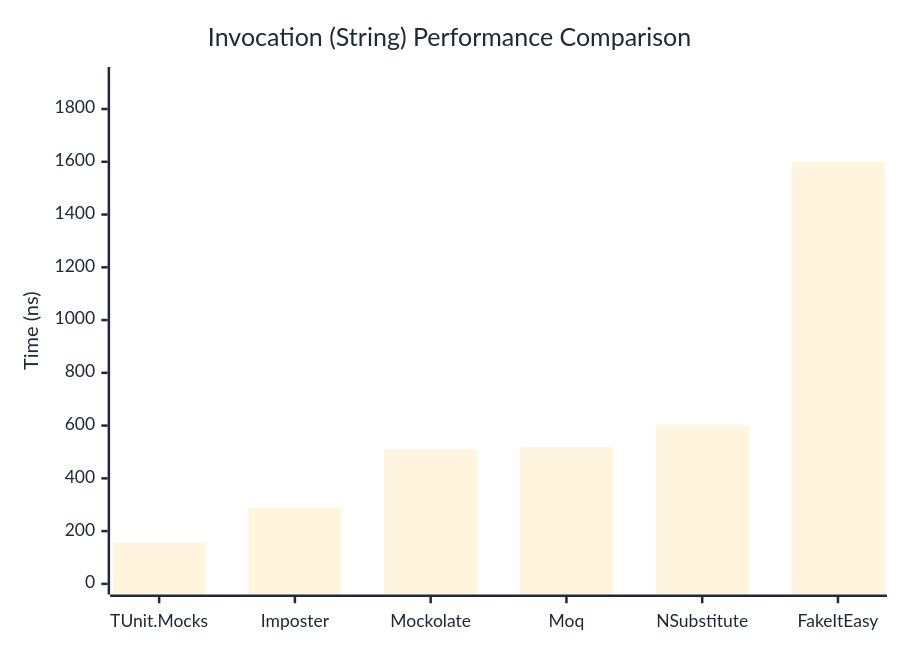
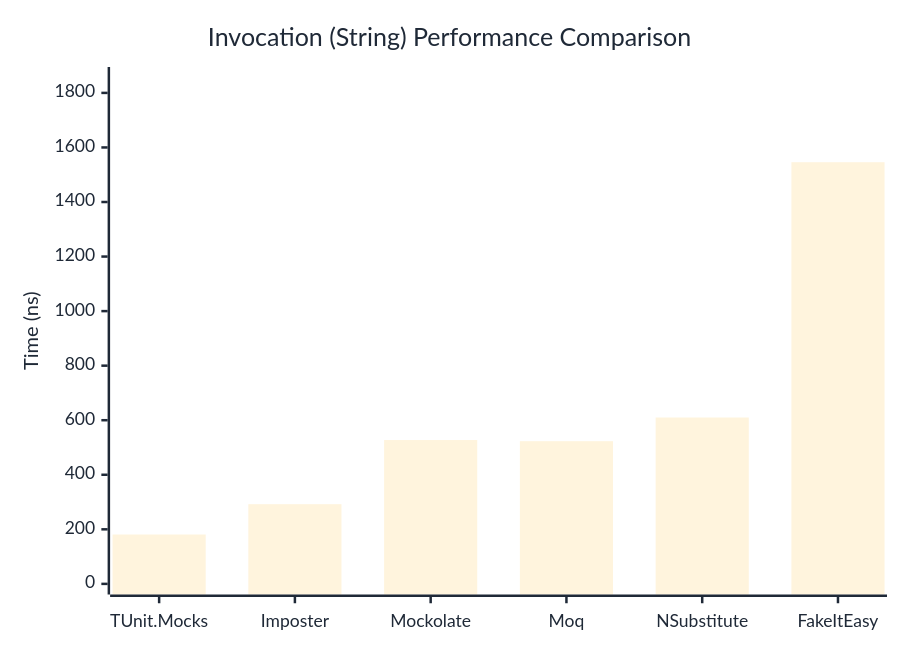
Before and after one commit to thomhurst/TUnit: the second of 3 diagrams in docs/docs/benchmarks/mocks/Invocation.md, drawn with Mermaid. The commit also changed other lines of this file and 14 other files, not shown here.

````diff
--- a/docs/docs/benchmarks/mocks/Invocation.md
+++ b/docs/docs/benchmarks/mocks/Invocation.md
@@ -69,27 +69,27 @@
 ```mermaid
 %%{init: {
   'theme':'base',
   'themeVariables': {
     'primaryColor': '#2563eb',
     'primaryTextColor': '#1f2937',
     'primaryBorderColor': '#1e40af',
     'lineColor': '#6b7280',
     'secondaryColor': '#7c3aed',
     'tertiaryColor': '#dc2626',
     'background': '#ffffff',
     'pie1': '#2563eb',
     'pie2': '#7c3aed',
     'pie3': '#dc2626',
     'pie4': '#f59e0b',
     'pie5': '#10b981',
     'pie6': '#06b6d4',
     'pie7': '#ec4899',
     'pie8': '#6366f1'
   }
 }}%%
 xychart-beta
   title "Invocation (String) Performance Comparison"
   x-axis ["TUnit.Mocks", "Imposter", "Mockolate", "Moq", "NSubstitute", "FakeItEasy"]
-  y-axis "Time (ns)" 0 --> 1919
-  bar [156.4, 287.3, 510.4, 519.4, 603.6, 1599.1]
+  y-axis "Time (ns)" 0 --> 1856
+  bar [181, 292.1, 527.3, 523.1, 609.9, 1545.9]
 ```
````
